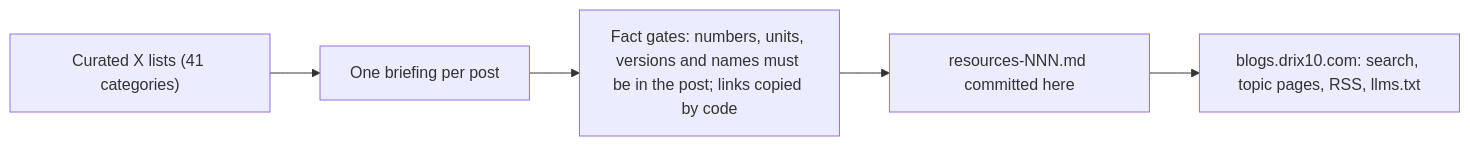
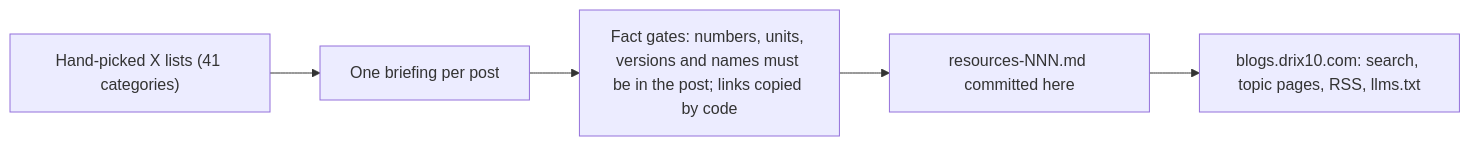
Before and after one commit to Drix10/ai-resources: the diagram in README.md, drawn with Mermaid. The commit also changed other lines of this file and 3 other files, not shown here.

````diff
--- a/README.md
+++ b/README.md
@@ -224,7 +224,7 @@
 ```mermaid
 flowchart LR
-    A["Curated X lists (41 categories)"] --> B["One briefing per post"]
+    A["Hand-picked X lists (41 categories)"] --> B["One briefing per post"]
     B --> C["Fact gates: numbers, units, versions and names must be in the post; links copied by code"]
     C --> D["resources-NNN.md committed here"]
     D --> E["blogs.drix10.com: search, topic pages, RSS, llms.txt"]
 ```
````
